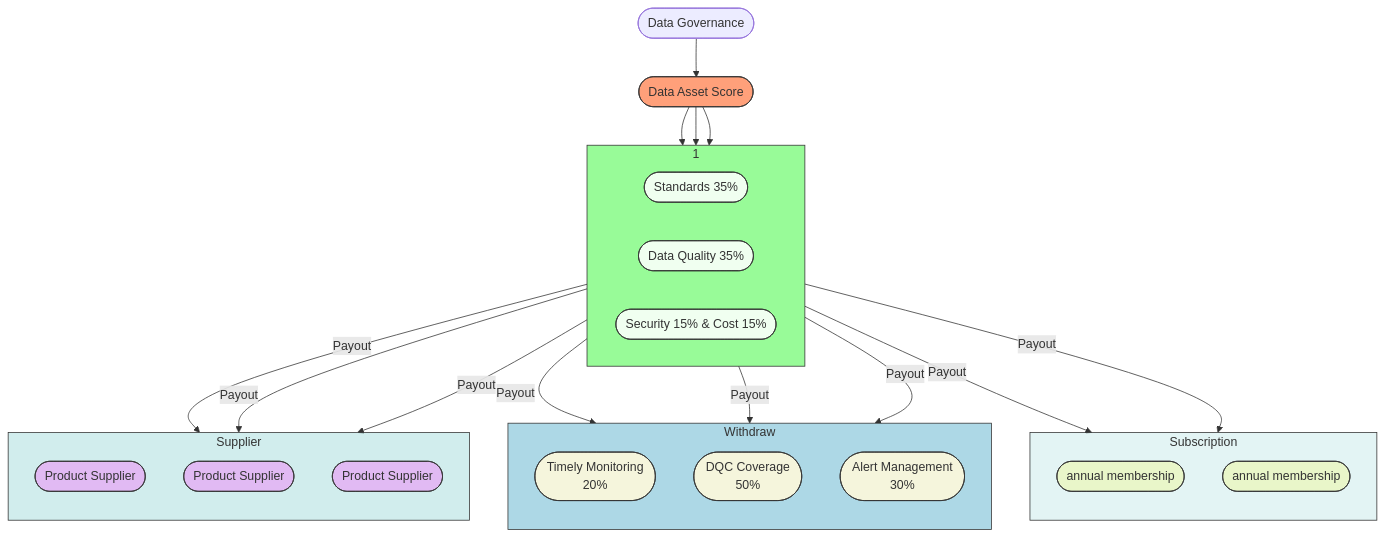
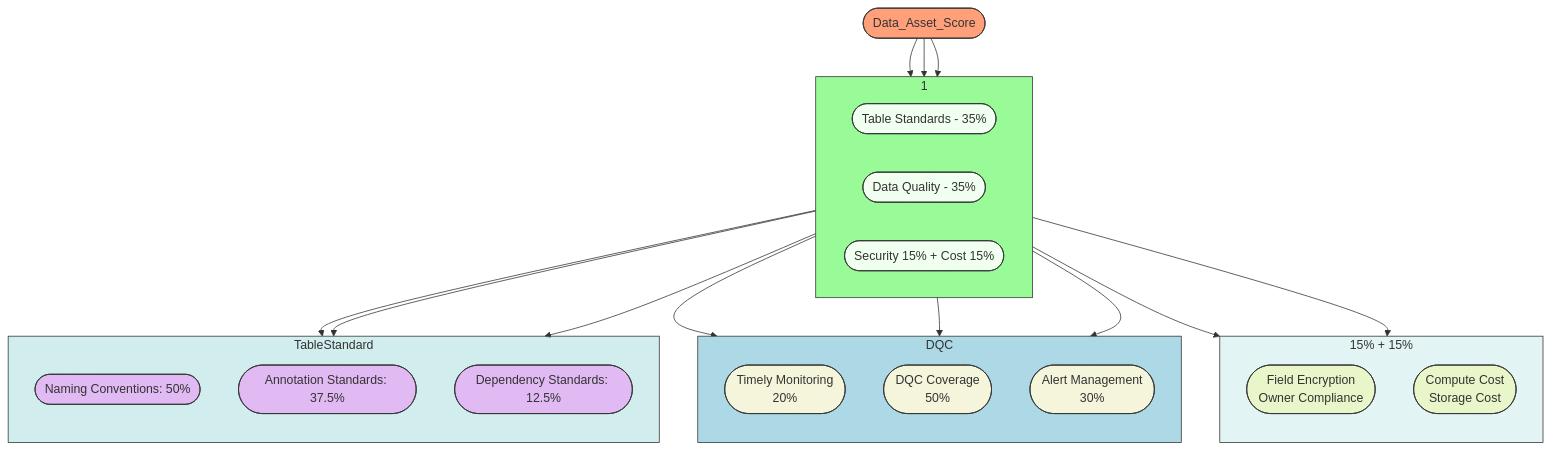
Before and after one commit to blaire101/data-warehouse-solutions: the first of 3 diagrams in README.md, drawn with Mermaid.

````diff
--- a/README.md
+++ b/README.md
@@ -19,63 +19,62 @@
 ```mermaid
 flowchart TD
  subgraph SG_DataAssetScore["1"]
     direction LR
-        DAS_A(["Standards 35%"])
-        DAS_B(["Data Quality 35%"])
-        DAS_C(["Security 15% & Cost 15%"])
+        DAS_A(["Table Standards - 35%"])
+        DAS_B(["Data Quality - 35%"])
+        DAS_C(["Security 15% + Cost 15%"])
   end
 
 
- subgraph DAS_SECO["Subscription"]
+ subgraph DAS_SECO["15% + 15%"]
     direction TB
-        SECO_A(["annual membership"])
-        SECO_B(["annual membership"])
+        SECO_A(["Field Encryption <br>Owner Compliance"])
+        SECO_B(["Compute Cost <br>Storage Cost"])
  end
 
- subgraph DAS_DataQuality["Withdraw"]
+ subgraph DAS_DataQuality["DQC"]
     direction TB
         DQ_A(["Timely Monitoring <br> 20%"])
         DQ_B(["DQC Coverage <br> 50%"])
         DQ_C(["Alert Management <br> 30%"])
  end
 
 
- subgraph DAS_Standard["Supplier"]
+ subgraph DAS_Standard["TableStandard"]
     direction TB
-        ST_A(["Product Supplier"])
-        ST_B(["Product Supplier"])
-        ST_C(["Product Supplier"])
+        ST_A(["Naming Conventions: 50%"])
+        ST_B(["Annotation Standards: 37.5%"])
+        ST_C(["Dependency Standards: 12.5%"])
  end
 
 
-    DG(["Data Governance"]) --> DAS 
-    DAS(["Data Asset Score"]) --> DAS_A & DAS_B & DAS_C
-    DAS_A -- Payout --> ST_A & ST_B & ST_C
-    DAS_B -- Payout --> DQ_A & DQ_B & DQ_C
-    DAS_C -- Payout --> SECO_A & SECO_B
+    DAS(["Data_Asset_Score"]) --> DAS_A & DAS_B & DAS_C
+    DAS_A --> ST_A & ST_B & ST_C
+    DAS_B --> DQ_A & DQ_B & DQ_C
+    DAS_C --> SECO_A & SECO_B
 
     style ST_A fill:#F0FFF0,stroke:#333,stroke-width:2px %% Keep very pale green
     style DAS_A fill:#F0FFF0,stroke:#333,stroke-width:2px %% Keep very pale green
     style DAS_B fill:#F0FFF0,stroke:#333,stroke-width:2px %% Keep very pale green
     style DAS_C fill:#F0FFF0,stroke:#333,stroke-width:2px %% Keep very pale green
     style DQ_A fill:#F5F5DC,stroke:#333,stroke-width:2px %% Keep beige
     style DQ_B fill:#F5F5DC,stroke:#333,stroke-width:2px %% Keep beige
     style DQ_C fill:#F5F5DC,stroke:#333,stroke-width:2px %% Keep beige
     style ST_A fill:#F5F5,stroke:#333,stroke-width:1px %% Keep beige
     style ST_B fill:#F5F5,stroke:#333,stroke-width:1px %% Keep beige
     style ST_C fill:#F5F5,stroke:#333,stroke-width:1px %% Keep beige
     style SECO_A fill:#FF23,stroke:#333,stroke-width:2px %% Keep beige
     style SECO_B fill:#FF23,stroke:#333,stroke-width:2px %% Keep beige
     style DAS fill:#FFA07A,stroke:#333,stroke-width:2px %% Adjusted to comfortable orange-yellow
     style SG_DataAssetScore fill:#98FB98,stroke:#333,stroke-width:2px %% Changed to light green
     style DAS_Standard fill:#ADD8,stroke:#333,stroke-width:2px %% Changed to light blue
     style DAS_DataQuality fill:#ADD8E6,stroke:#333,stroke-width:2px %% Changed to light blue
     style DAS_SECO fill:#ADD5,stroke:#333,stroke-width:1px %% Changed to light blue
     linkStyle 0 stroke:#333,stroke-width:1px,fill:none
     linkStyle 1 stroke:#333,stroke-width:1px,fill:none
     linkStyle 2 stroke:#333,stroke-width:1px,fill:none
     linkStyle 3 stroke:#333,stroke-width:1px,color:#000,fill:none
     linkStyle 5 stroke:#333,stroke-width:1px,fill:none
     linkStyle 6 stroke:#333,stroke-width:1px,fill:none
     linkStyle 8 stroke:#333,stroke-width:1px,fill:none 
 ```
````
